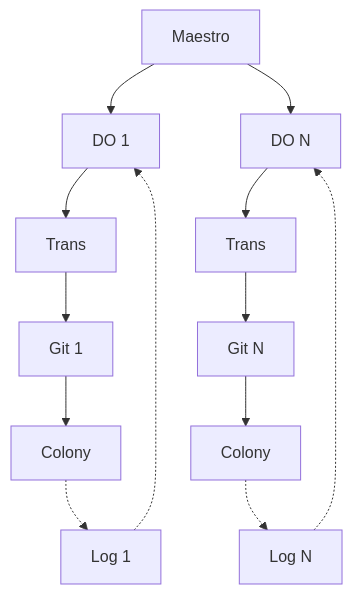
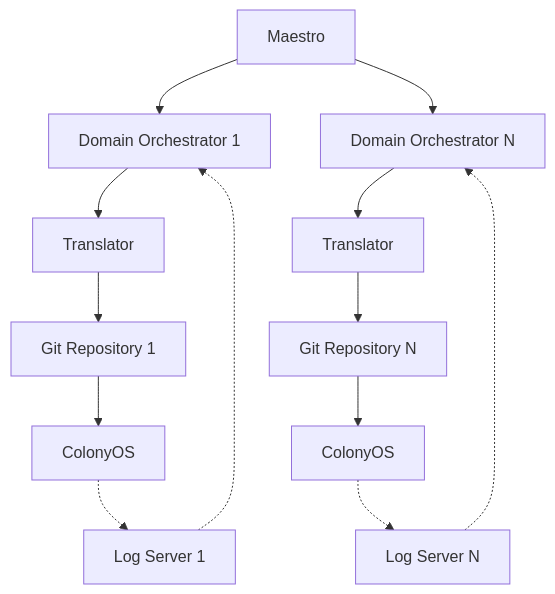
The first of 4 diagrams in README.md (cop-pilot-eu/cluster-1-integration), drawn with Mermaid before and after one commit. The commit also changed other lines of this file, not shown here.

````diff
--- a/README.md
+++ b/README.md
@@ -54,27 +54,27 @@
 ```mermaid
 graph TB
     M[Maestro]
-    DO1[DO 1]
-    DO2[DO N]
-    T1[Trans]
-    T2[Trans]
-    G1[Git 1]
-    G2[Git N]
-    C1[Colony]
-    C2[Colony]
-    F1[Log 1]
-    F2[Log N]
+    DO1[Domain Orchestrator 1]
+    DO2[Domain Orchestrator N]
+    T1[Translator]
+    T2[Translator]
+    G1[Git Repository 1]
+    G2[Git Repository N]
+    C1[ColonyOS]
+    C2[ColonyOS]
+    F1[Log Server 1]
+    F2[Log Server N]
 
     M --> DO1
     M --> DO2
     DO1 --> T1
     DO2 --> T2
     T1 --> G1
     T2 --> G2
     G1 --> C1
     G2 --> C2
     C1 -.-> F1
     C2 -.-> F2
     F1 -.-> DO1
     F2 -.-> DO2
 ```
````
